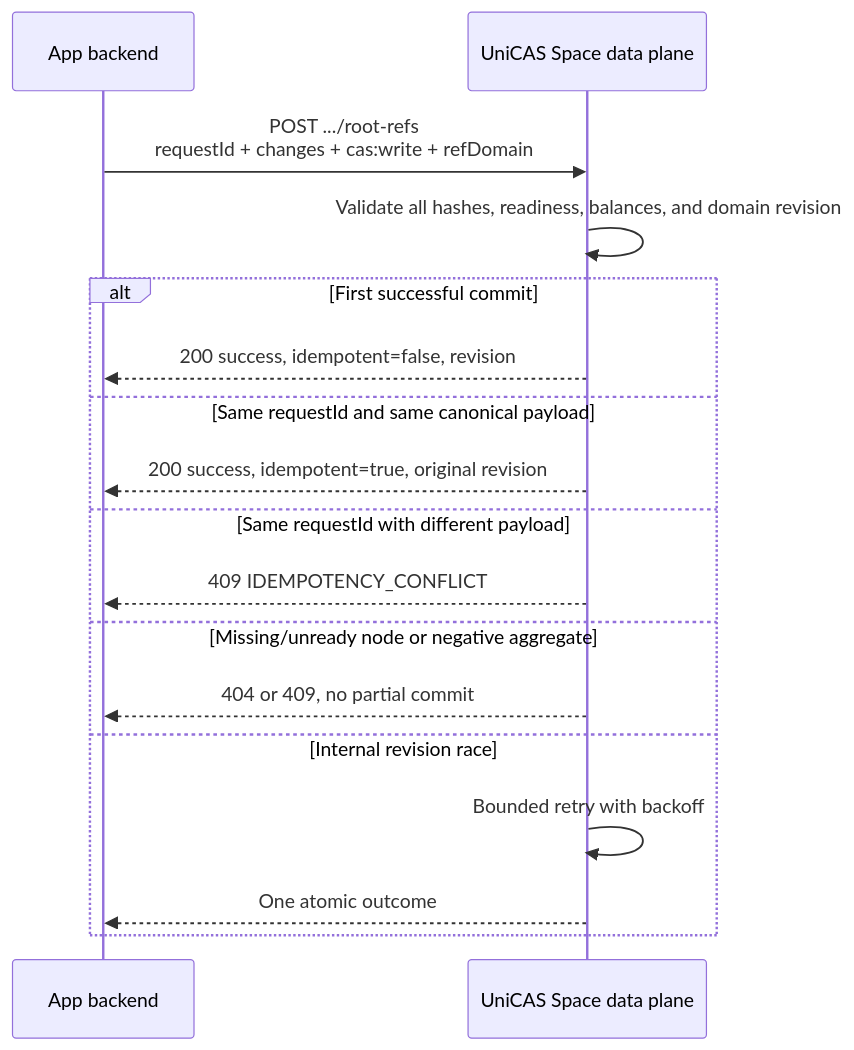
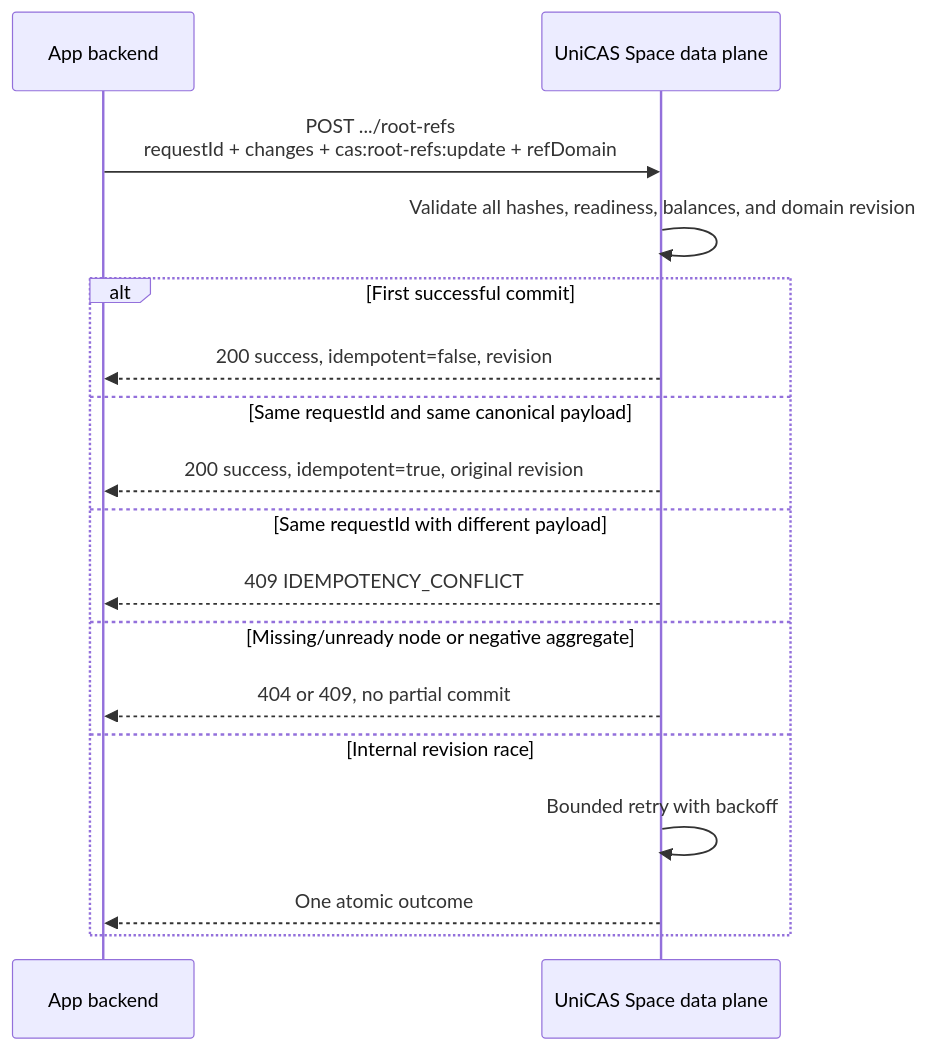
One commit to shazhou-ww/unicas changed the fourth of 5 diagrams in docs/app-user-api/scenarios.md. Above: the diagram before and after it, drawn with Mermaid. The commit also changed other lines of this file and 22 other files, not shown here.

````diff
--- a/docs/app-user-api/scenarios.md
+++ b/docs/app-user-api/scenarios.md
@@ -113,20 +113,20 @@
 ```mermaid
 sequenceDiagram
     participant App as App backend
     participant CAS as UniCAS Space data plane
 
-    App->>CAS: POST .../root-refs<br/>requestId + changes + cas:write + refDomain
+    App->>CAS: POST .../root-refs<br/>requestId + changes + cas:root-refs:update + refDomain
     CAS->>CAS: Validate all hashes, readiness, balances, and domain revision
     alt First successful commit
         CAS-->>App: 200 success, idempotent=false, revision
     else Same requestId and same canonical payload
         CAS-->>App: 200 success, idempotent=true, original revision
     else Same requestId with different payload
         CAS-->>App: 409 IDEMPOTENCY_CONFLICT
     else Missing/unready node or negative aggregate
         CAS-->>App: 404 or 409, no partial commit
     else Internal revision race
         CAS->>CAS: Bounded retry with backoff
         CAS-->>App: One atomic outcome
     end
 ```
````
